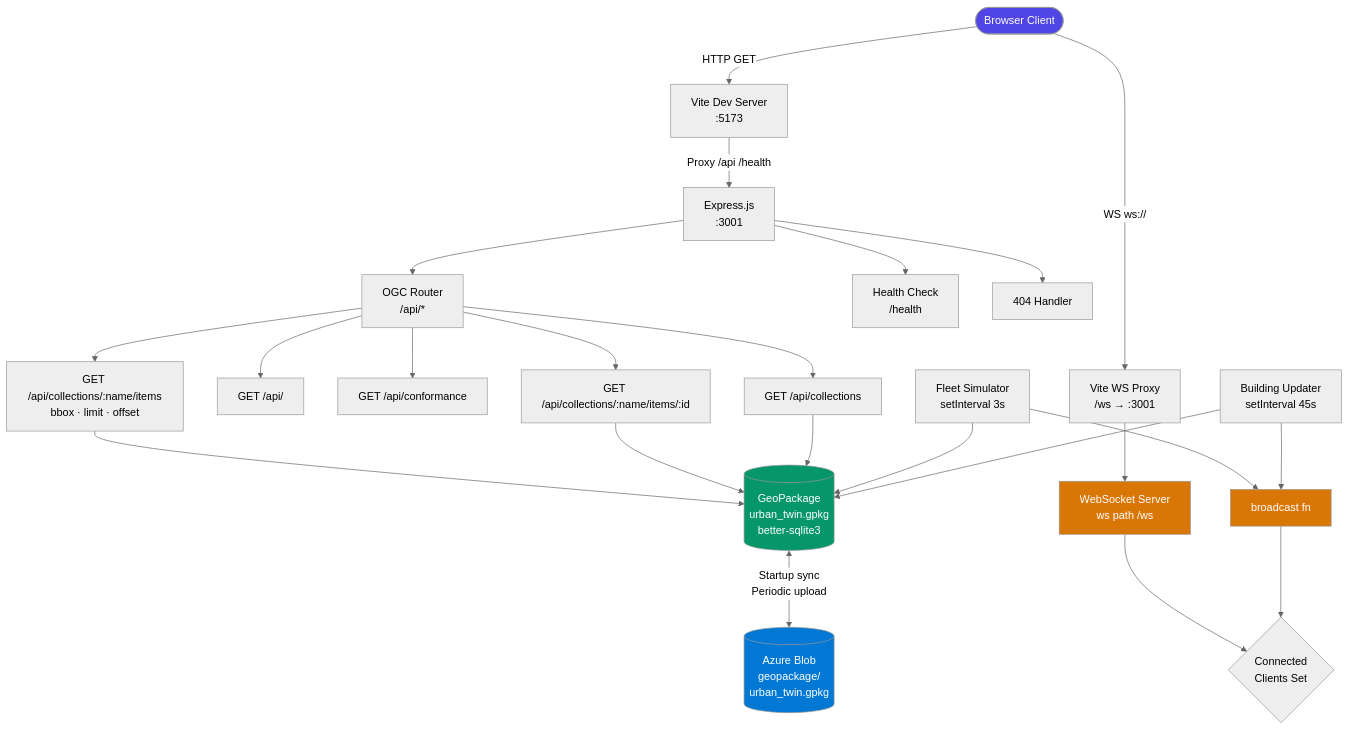
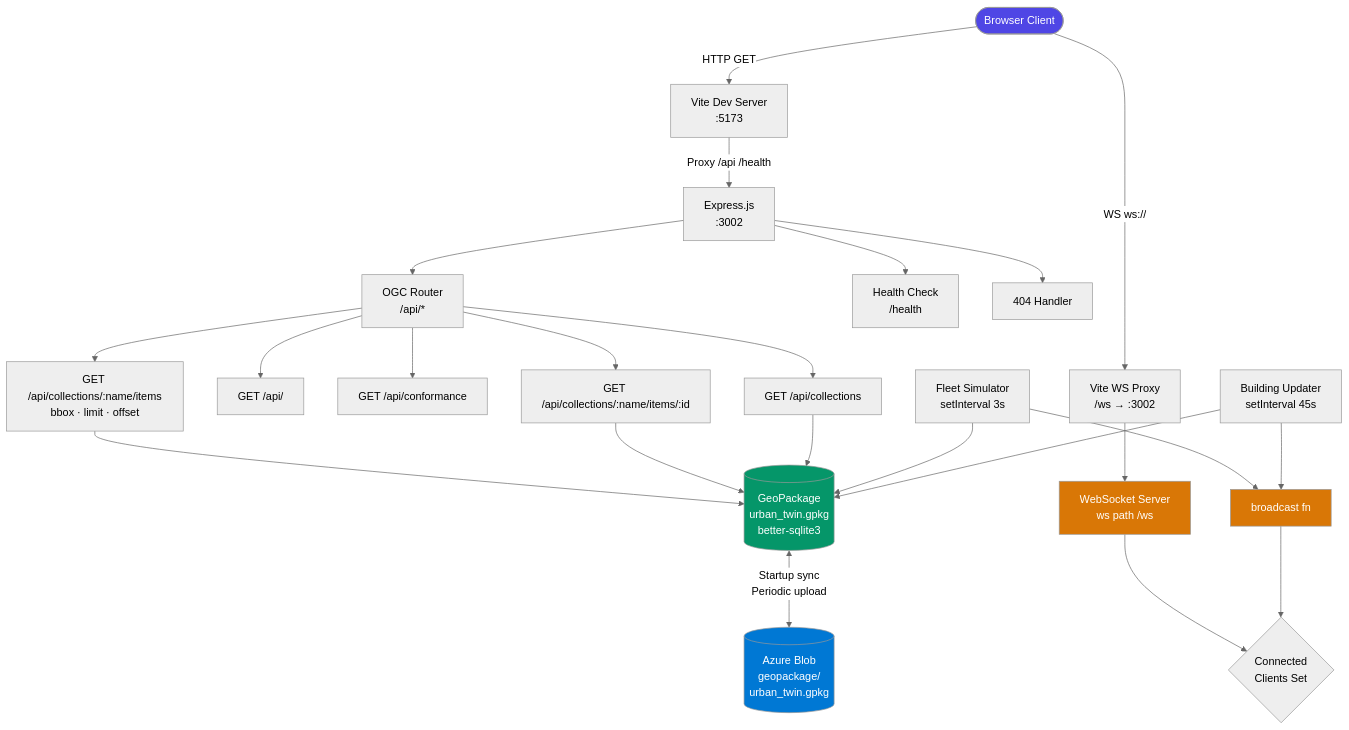
Before and after one commit to Selashkumar/3D-Urban-Digital-Twin: the second of 5 diagrams in README.md, drawn with Mermaid (neutral theme). The commit also changed other lines of this file, not shown here.

````diff
--- a/README.md
+++ b/README.md
@@ -232,39 +236,39 @@
 ```mermaid
 flowchart TD
     Client([Browser Client]) -->|HTTP GET| Vite[Vite Dev Server\n:5173]
-    Client -->|WS ws://| WSProxy[Vite WS Proxy\n/ws → :3001]
-    
-    Vite -->|Proxy /api /health| Express[Express.js\n:3001]
+    Client -->|WS ws://| WSProxy[Vite WS Proxy\n/ws → :3002]
+
+    Vite -->|Proxy /api /health| Express[Express.js\n:3002]
     WSProxy --> WSS[WebSocket Server\nws path /ws]
 
     Express --> OGC[OGC Router\n/api/*]
     Express --> Health[Health Check\n/health]
     Express --> E404[404 Handler]
 
     OGC --> Landing[GET /api/]
     OGC --> Conform[GET /api/conformance]
     OGC --> Colls[GET /api/collections]
     OGC --> Items[GET /api/collections/:name/items\nbbox · limit · offset]
     OGC --> Item1[GET /api/collections/:name/items/:id]
 
     Items --> DB[(GeoPackage\nurban_twin.gpkg\nbetter-sqlite3)]
     Item1 --> DB
     Colls --> DB
 
     WSS --> Clients{Connected\nClients Set}
-    
+
     Fleet[Fleet Simulator\nsetInterval 3s] --> DB
     Fleet --> Broadcast[broadcast fn]
     Broadcast --> Clients
 
     Building[Building Updater\nsetInterval 45s] --> DB
     Building --> Broadcast
 
     DB <-->|Startup sync\nPeriodic upload| Blob[(Azure Blob\ngeopackage/\nurban_twin.gpkg)]
 
     style Client fill:#4f46e5,color:#fff
     style DB fill:#059669,color:#fff
     style Blob fill:#0078D4,color:#fff
     style WSS fill:#d97706,color:#fff
     style Broadcast fill:#d97706,color:#fff
 ```
````
